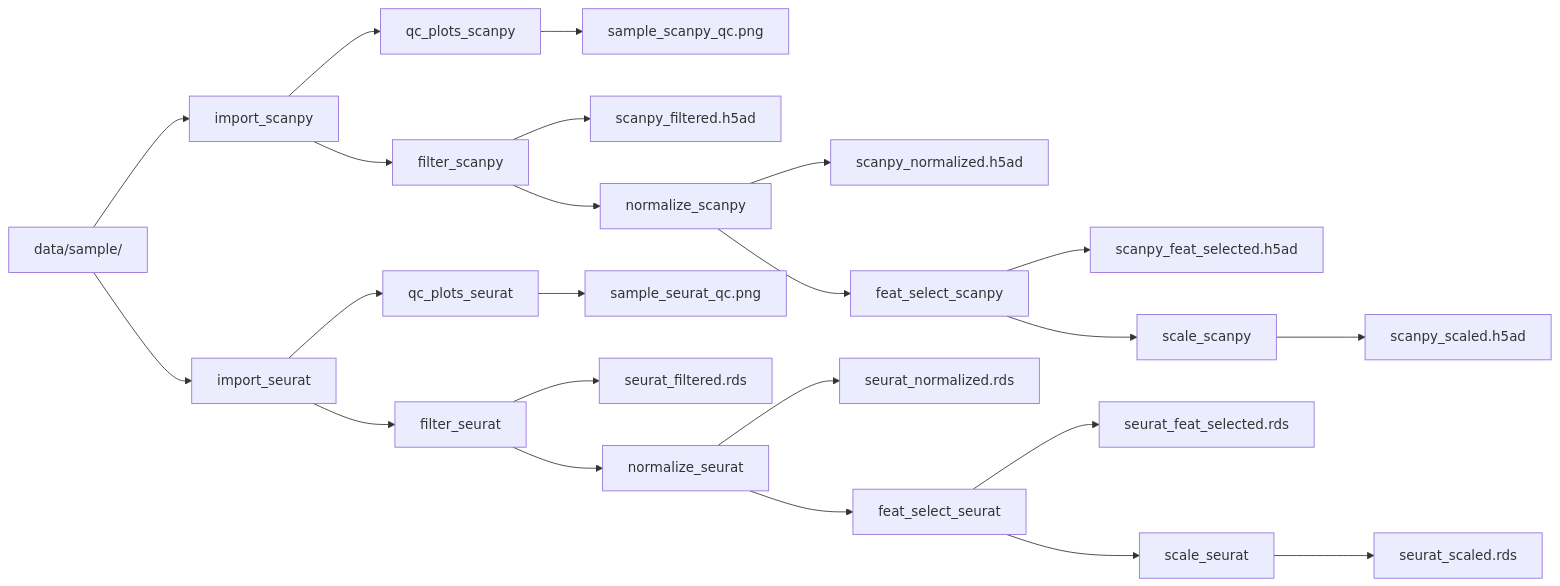
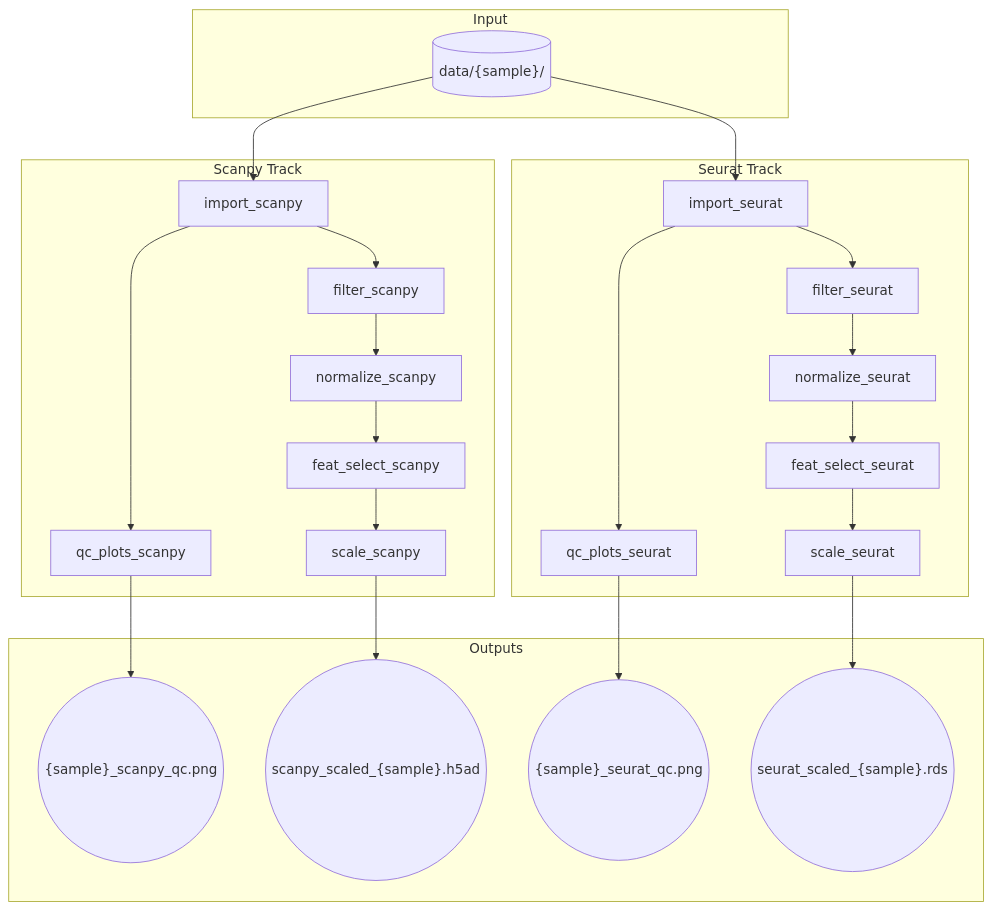
The diagram in README.md (salzcamino/sm-scrnaseq), drawn with Mermaid before and after one commit.

Commit message:
update DAG chart

````diff
--- a/README.md
+++ b/README.md
@@ -7,34 +7,32 @@
 ```mermaid
-graph LR
-    A[data/sample/] --> B[import_scanpy]
-    A --> C[import_seurat]
+graph TB
+    subgraph Input
+        DATA[("data/{sample}/")]
+    end
 
-    B --> D[qc_plots_scanpy]
-    B --> E[filter_scanpy]
+    subgraph Scanpy["Scanpy Track"]
+        IMP_SC[import_scanpy] --> QC_SC[qc_plots_scanpy]
+        IMP_SC --> FILT_SC[filter_scanpy]
+        FILT_SC --> NORM_SC[normalize_scanpy]
+        NORM_SC --> FEAT_SC[feat_select_scanpy]
+        FEAT_SC --> SCALE_SC[scale_scanpy]
+    end
 
-    C --> F[qc_plots_seurat]
-    C --> G[filter_seurat]
+    subgraph Seurat["Seurat Track"]
+        IMP_SR[import_seurat] --> QC_SR[qc_plots_seurat]
+        IMP_SR --> FILT_SR[filter_seurat]
+        FILT_SR --> NORM_SR[normalize_seurat]
+        NORM_SR --> FEAT_SR[feat_select_seurat]
+        FEAT_SR --> SCALE_SR[scale_seurat]
+    end
 
-    D --> H[sample_scanpy_qc.png]
-    E --> I[scanpy_filtered.h5ad]
-    F --> J[sample_seurat_qc.png]
-    G --> K[seurat_filtered.rds]
+    DATA --> IMP_SC
+    DATA --> IMP_SR
 
-    E --> L[normalize_scanpy]
-    G --> M[normalize_seurat]
-
-    L --> N[scanpy_normalized.h5ad]
-    M --> O[seurat_normalized.rds]
-
-    L --> P[feat_select_scanpy]
-    M --> Q[feat_select_seurat]
-
-    P --> R[scanpy_feat_selected.h5ad]
-    Q --> S[seurat_feat_selected.rds]
-
-    P --> T[scale_scanpy]
-    Q --> U[scale_seurat]
-
-    T --> V[scanpy_scaled.h5ad]
-    U --> W[seurat_scaled.rds]
+    subgraph Outputs
+        QC_SC --> QC_PNG_SC(("{sample}_scanpy_qc.png"))
+        SCALE_SC --> SCALED_SC(("scanpy_scaled_{sample}.h5ad"))
+        QC_SR --> QC_PNG_SR(("{sample}_seurat_qc.png"))
+        SCALE_SR --> SCALED_SR(("seurat_scaled_{sample}.rds"))
+    end
 ```
````
